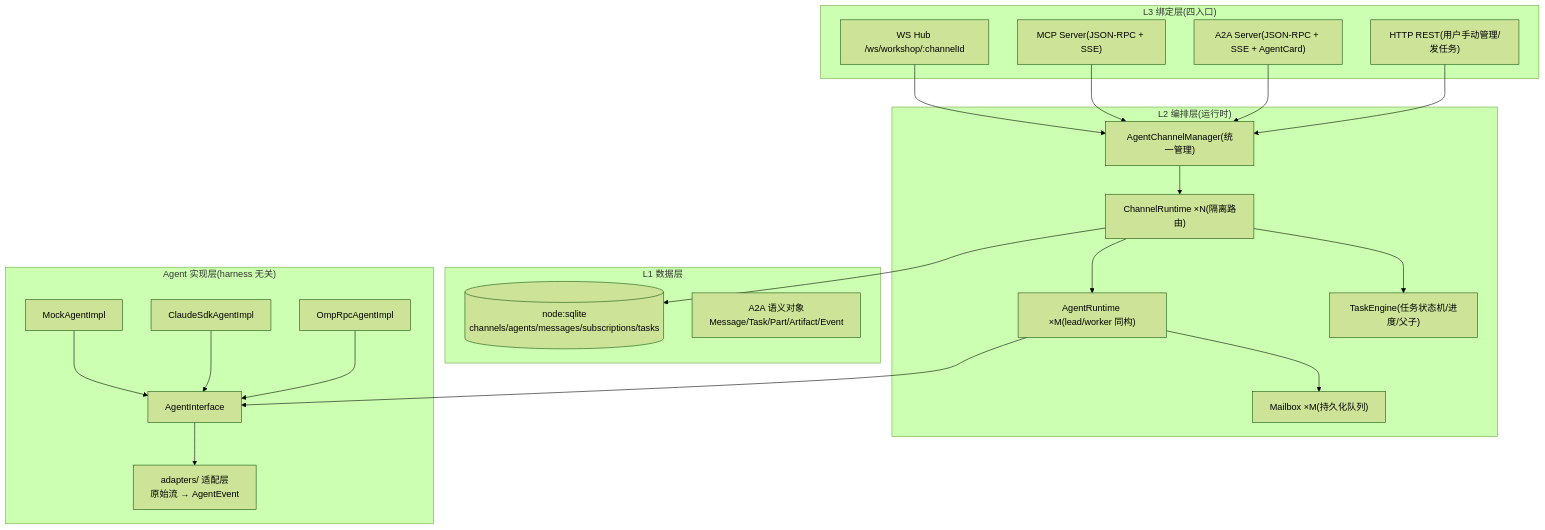
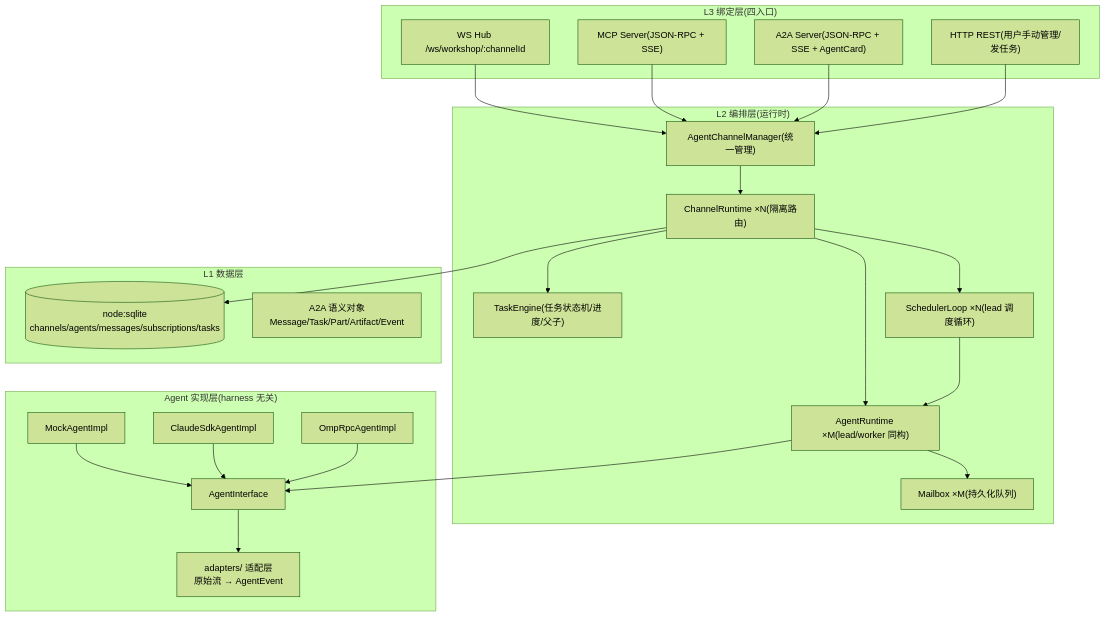
Before and after one commit to kingdol666/AgentWorkShop: the third of 3 diagrams in docs/superpowers/specs/2026-08-13-agent-workshop-multi-agent-design.md, drawn with Mermaid (forest theme). The commit also changed other lines of this file, not shown here.

Commit message:
docs: add SchedulerLoop - lead proactive supervision and unified dispatch

````diff
--- a/docs/superpowers/specs/2026-08-13-agent-workshop-multi-agent-design.md
+++ b/docs/superpowers/specs/2026-08-13-agent-workshop-multi-agent-design.md
@@ -120,46 +145,49 @@
 ```mermaid
 graph TB
   subgraph L3["L3 绑定层(四入口)"]
     WS["WS Hub /ws/workshop/:channelId"]
     MCP["MCP Server(JSON-RPC + SSE)"]
     A2A["A2A Server(JSON-RPC + SSE + AgentCard)"]
     REST["HTTP REST(用户手动管理/发任务)"]
   end
 
   subgraph L2["L2 编排层(运行时)"]
     MGR["AgentChannelManager(统一管理)"]
     CH["ChannelRuntime ×N(隔离路由)"]
     AR["AgentRuntime ×M(lead/worker 同构)"]
     MB["Mailbox ×M(持久化队列)"]
     TK["TaskEngine(任务状态机/进度/父子)"]
+    SL["SchedulerLoop ×N(lead 调度循环)"]
     MGR --> CH
     CH --> AR
     AR --> MB
     CH --> TK
+    CH --> SL
+    SL --> AR
   end
 
   subgraph L1["L1 数据层"]
     DB[("node:sqlite<br/>channels/agents/messages/subscriptions/tasks")]
     A2AO["A2A 语义对象<br/>Message/Task/Part/Artifact/Event"]
   end
 
   WS --> MGR
   MCP --> MGR
   A2A --> MGR
   REST --> MGR
   CH --> DB
 
   subgraph IMPL["Agent 实现层(harness 无关)"]
     AI["AgentInterface"]
     MOCK["MockAgentImpl"]
     CLAUDE["ClaudeSdkAgentImpl"]
     OMP["OmpRpcAgentImpl"]
     AD["adapters/ 适配层<br/>原始流 → AgentEvent"]
     AI --> AD
     MOCK --> AI
     CLAUDE --> AI
     OMP --> AI
   end
 
   AR --> AI
 ```
````
